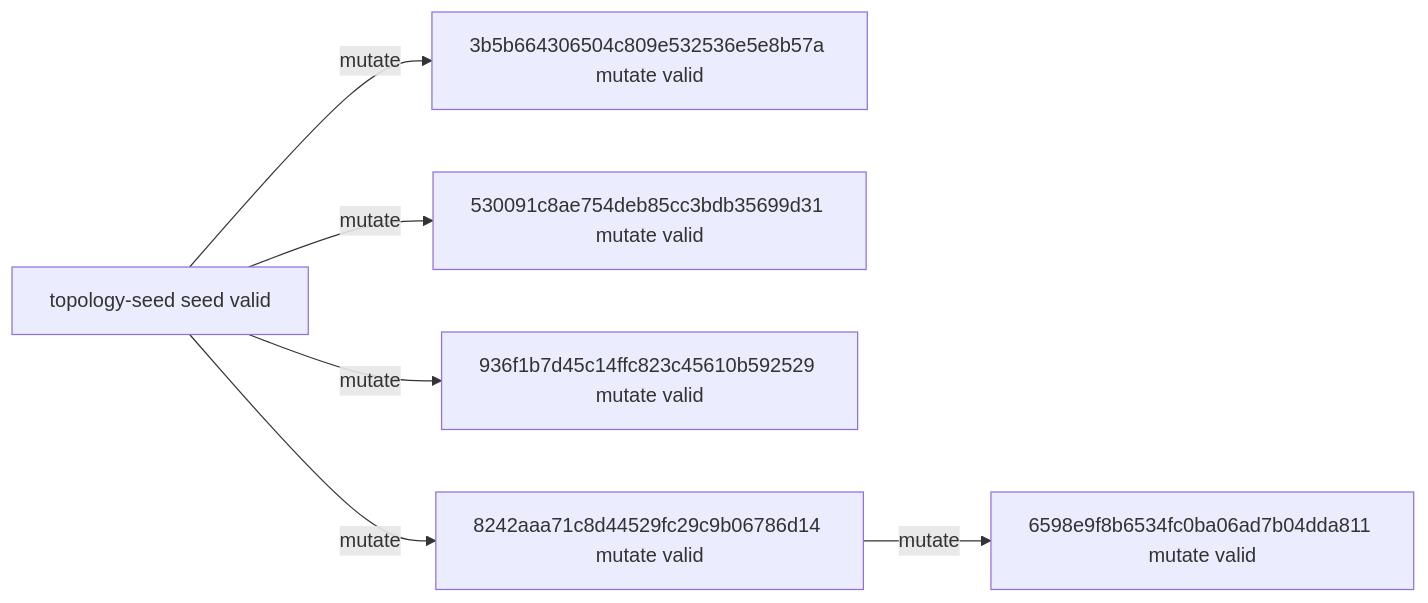
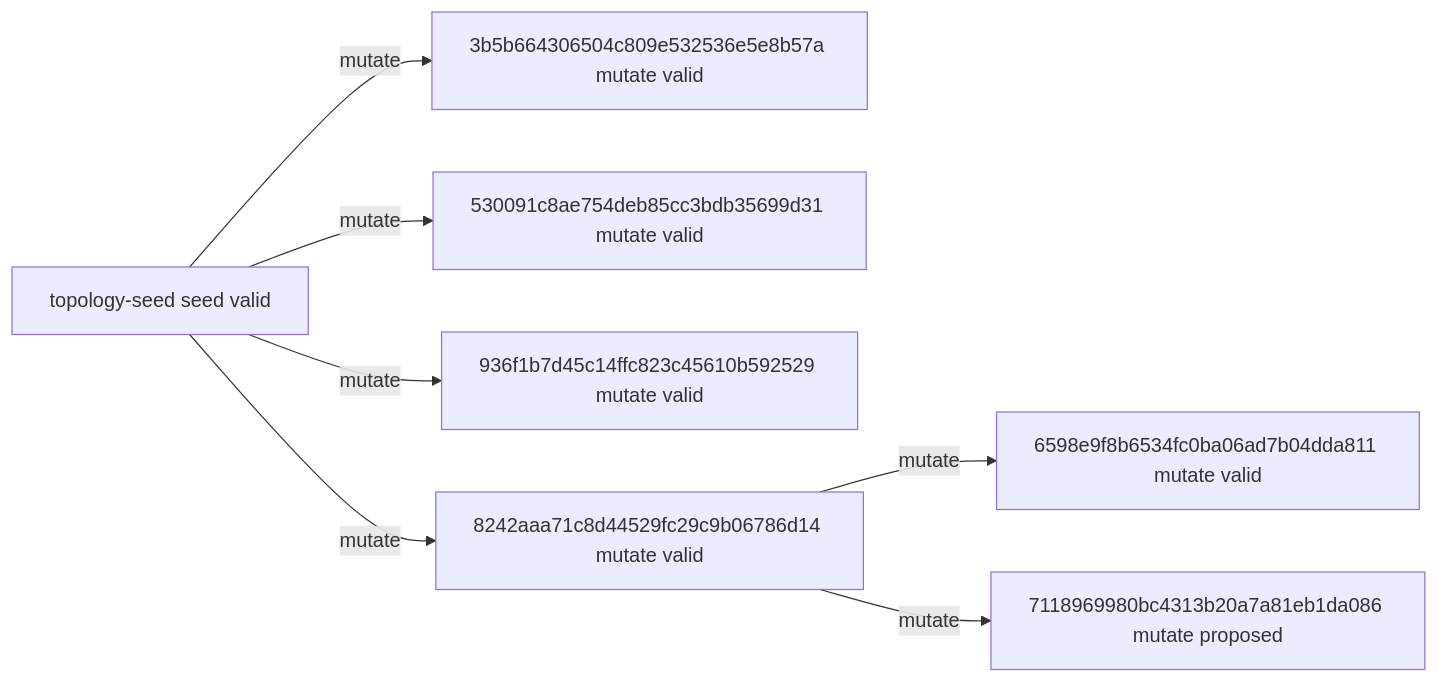
One commit to timbtz/feyer-search-lab changed the diagram in experiments/campaigns/layout-numerical-lane1/README.md. Above: the diagram before and after it, drawn with Mermaid. The commit also changed other lines of this file and 7 other files, not shown here.

````diff
--- a/experiments/campaigns/layout-numerical-lane1/README.md
+++ b/experiments/campaigns/layout-numerical-lane1/README.md
@@ -21,14 +21,16 @@
 ```mermaid
 graph LR
   n0["topology-seed seed valid"]
   n1["3b5b664306504c809e532536e5e8b57a mutate valid"]
   n2["530091c8ae754deb85cc3bdb35699d31 mutate valid"]
   n3["936f1b7d45c14ffc823c45610b592529 mutate valid"]
   n4["8242aaa71c8d44529fc29c9b06786d14 mutate valid"]
   n5["6598e9f8b6534fc0ba06ad7b04dda811 mutate valid"]
+  n6["7118969980bc4313b20a7a81eb1da086 mutate proposed"]
   n0 -->|mutate| n1
   n0 -->|mutate| n2
   n0 -->|mutate| n3
   n0 -->|mutate| n4
   n4 -->|mutate| n5
+  n4 -->|mutate| n6
 ```
````
